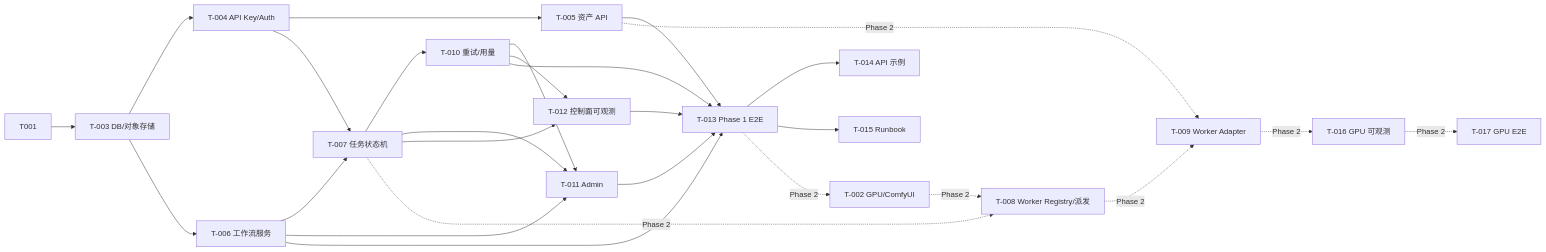
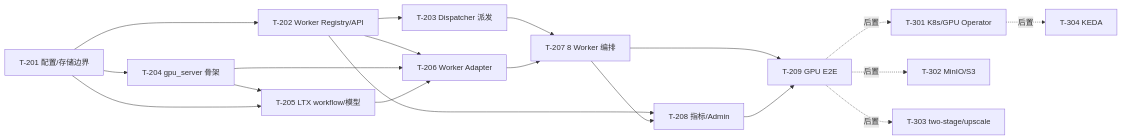
The diagram in docs/iterations/ltx-video-service/tasks.md (chenchiyuan/ltx), drawn with Mermaid before and after one commit. The commit also changed other lines of this file and 20 other files, not shown here.

````diff
--- a/docs/iterations/ltx-video-service/tasks.md
+++ b/docs/iterations/ltx-video-service/tasks.md
@@ -108,30 +79,21 @@
 ```mermaid
 graph LR
-  T001 --> T003["T-003 DB/对象存储"]
-  T003 --> T004["T-004 API Key/Auth"]
-  T004 --> T005["T-005 资产 API"]
-  T003 --> T006["T-006 工作流服务"]
-  T004 --> T007["T-007 任务状态机"]
-  T006 --> T007
-  T007 --> T010["T-010 重试/用量"]
-  T006 --> T011["T-011 Admin"]
-  T007 --> T011
-  T010 --> T011
-  T007 --> T012["T-012 控制面可观测"]
-  T010 --> T012
-  T005 --> T013["T-013 Phase 1 E2E"]
-  T006 --> T013
-  T010 --> T013
-  T011 --> T013
-  T012 --> T013
-  T013 --> T014["T-014 API 示例"]
-  T013 --> T015["T-015 Runbook"]
-
-  T013 -. "Phase 2" .-> T002["T-002 GPU/ComfyUI"]
-  T002 -. "Phase 2" .-> T008["T-008 Worker Registry/派发"]
-  T007 -. "Phase 2" .-> T008
-  T008 -. "Phase 2" .-> T009["T-009 Worker Adapter"]
-  T005 -. "Phase 2" .-> T009
-  T009 -. "Phase 2" .-> T016["T-016 GPU 可观测"]
-  T016 -. "Phase 2" .-> T017["T-017 GPU E2E"]
+  T201["T-201 配置/存储边界"] --> T202["T-202 Worker Registry/API"]
+  T201 --> T204["T-204 gpu_server 骨架"]
+  T202 --> T203["T-203 Dispatcher 派发"]
+  T204 --> T205["T-205 LTX workflow/模型"]
+  T201 --> T205
+  T202 --> T206["T-206 Worker Adapter"]
+  T204 --> T206
+  T205 --> T206
+  T203 --> T207["T-207 8 Worker 编排"]
+  T206 --> T207
+  T202 --> T208["T-208 指标/Admin"]
+  T207 --> T208
+  T207 --> T209["T-209 GPU E2E"]
+  T208 --> T209
+  T209 -. "后置" .-> T301["T-301 K8s/GPU Operator"]
+  T209 -. "后置" .-> T302["T-302 MinIO/S3"]
+  T209 -. "后置" .-> T303["T-303 two-stage/upscale"]
+  T301 -. "后置" .-> T304["T-304 KEDA"]
 ```
````
